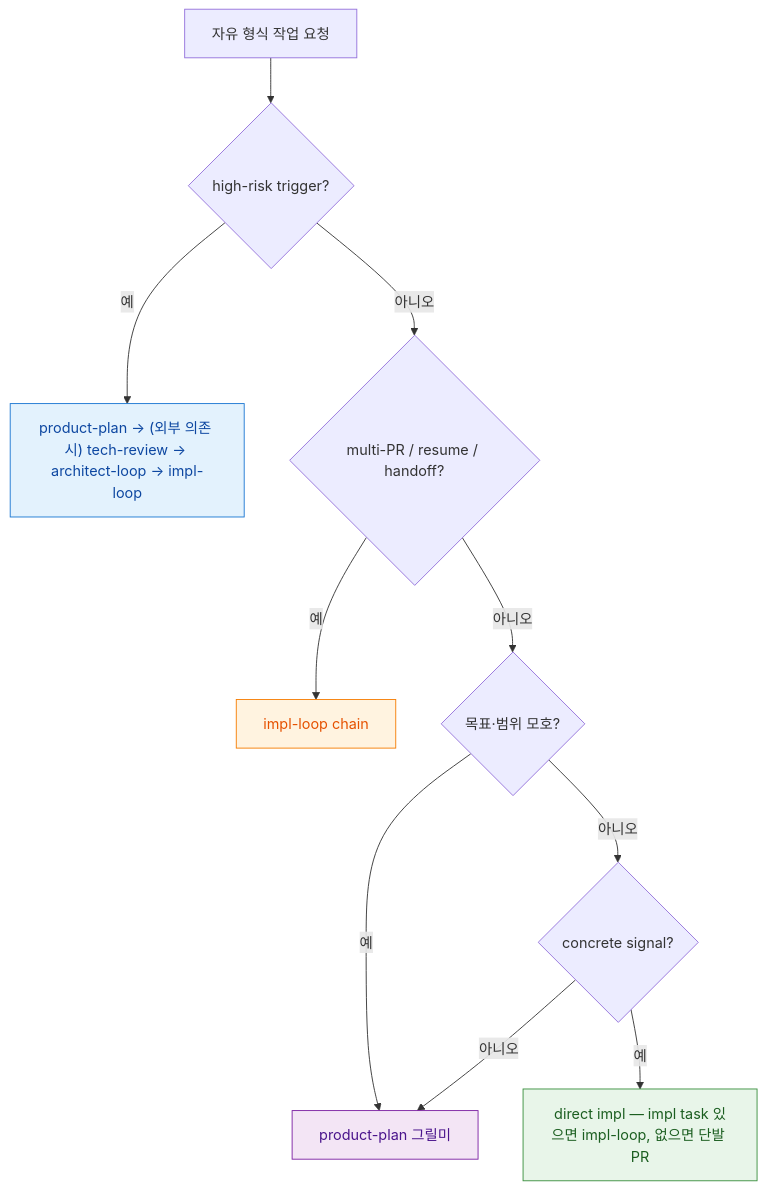
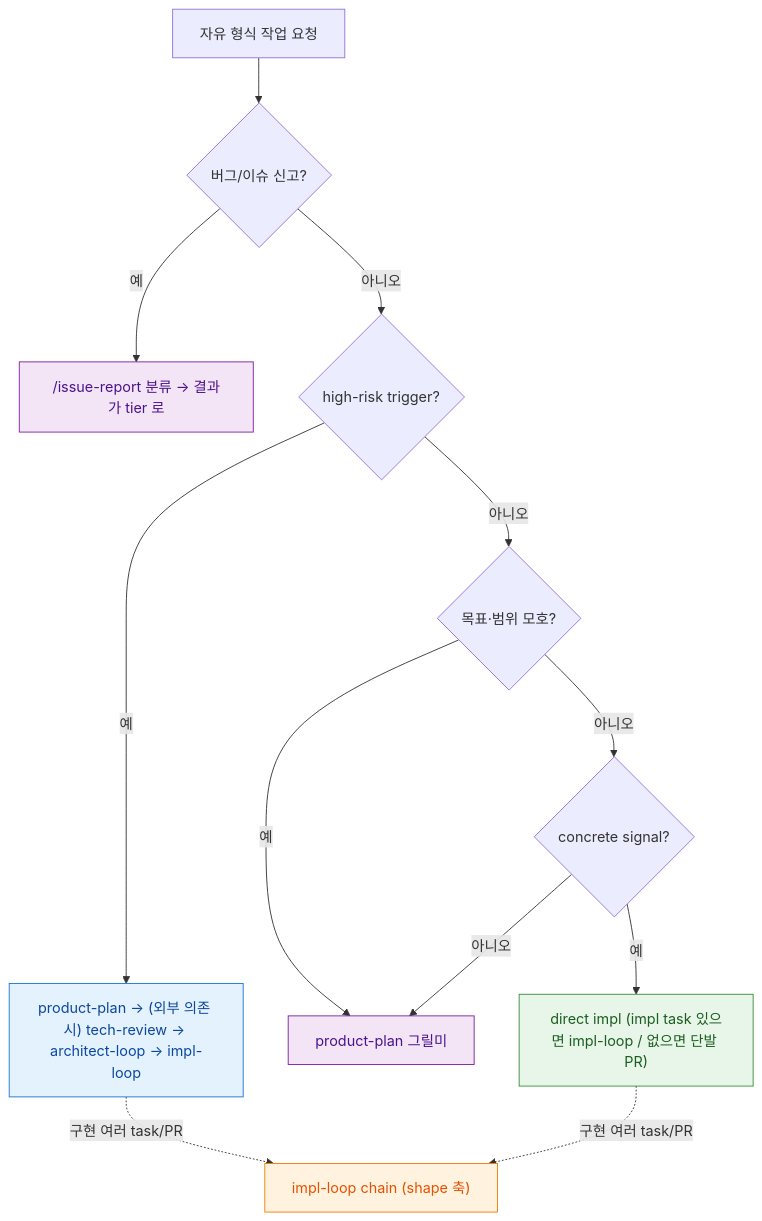
One commit to alruminum/dcNess changed the diagram in docs/plugin/workflow-router.md. Above: the diagram before and after it, drawn with Mermaid. The commit also changed other lines of this file and 1 other file, not shown here.

First line of the commit message:
[docs] workflow-router gate→shape 판정 순서 + 버그 issue-report 경유

````diff
--- a/docs/plugin/workflow-router.md
+++ b/docs/plugin/workflow-router.md
@@ -33,21 +38,24 @@
 ```mermaid
 flowchart TB
-  REQ["자유 형식 작업 요청"] --> HR{"high-risk trigger?"}
+  REQ["자유 형식 작업 요청"] --> BUG{"버그/이슈 신고?"}
+  BUG -->|예| IR["/issue-report 분류 → 결과가 tier 로"]
+  BUG -->|아니오| HR{"high-risk trigger?"}
   HR -->|예| T3["product-plan → (외부 의존 시) tech-review → architect-loop → impl-loop"]
-  HR -->|아니오| MP{"multi-PR / resume / handoff?"}
-  MP -->|예| T4["impl-loop chain"]
-  MP -->|아니오| AM{"목표·범위 모호?"}
+  HR -->|아니오| AM{"목표·범위 모호?"}
   AM -->|예| T2["product-plan 그릴미"]
   AM -->|아니오| CS{"concrete signal?"}
-  CS -->|예| T1["direct impl — impl task 있으면 impl-loop, 없으면 단발 PR"]
+  CS -->|예| T1["direct impl (impl task 있으면 impl-loop / 없으면 단발 PR)"]
   CS -->|아니오| T2
+  T3 -.->|구현 여러 task/PR| SHAPE["impl-loop chain (shape 축)"]
+  T1 -.->|구현 여러 task/PR| SHAPE
 
   classDef gate fill:#e3f2fd,stroke:#1976d2,color:#0d47a1
   classDef shape fill:#fff3e0,stroke:#f57c00,color:#e65100
   classDef clar fill:#f3e5f5,stroke:#7b1fa2,color:#4a148c
   classDef direct fill:#e8f5e9,stroke:#388e3c,color:#1b5e20
   class T3 gate
-  class T4 shape
+  class SHAPE shape
   class T2 clar
+  class IR clar
   class T1 direct
 ```
````
